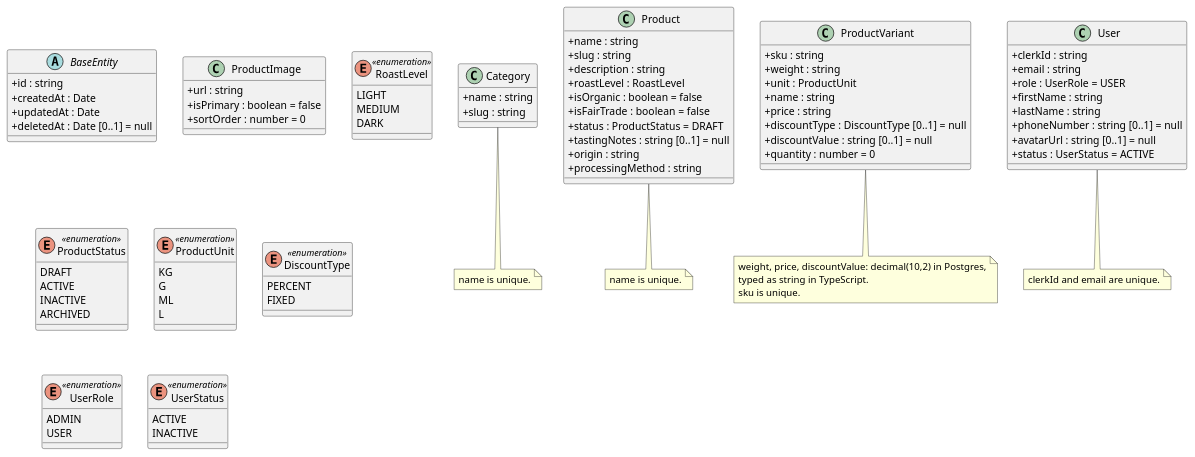
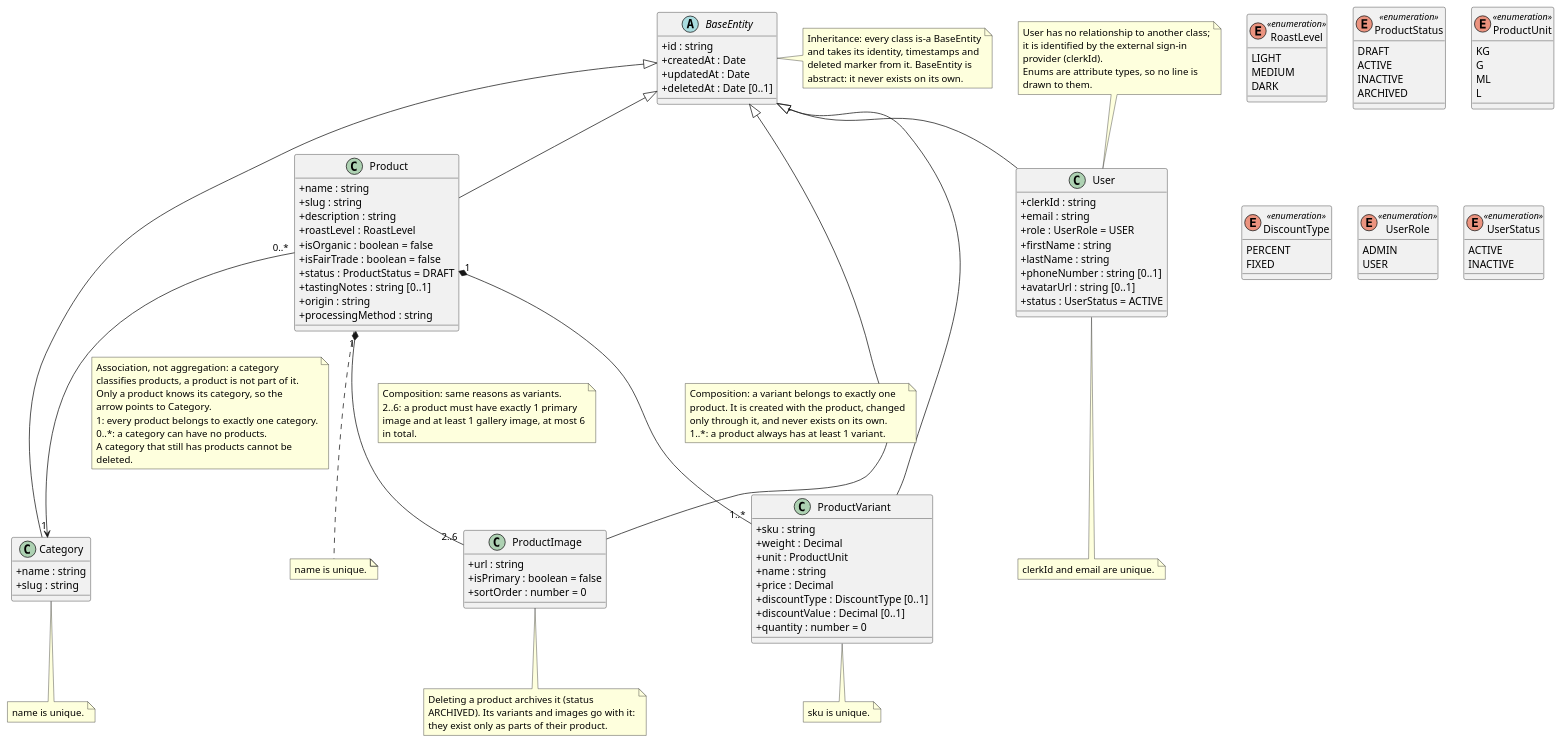
The diagram in docs/uml/class-diagram.puml (tiennguyen-agilityio/nestjs-training), drawn with PlantUML before and after one commit.

Commit message:
docs: add relationships to the UML class diagram

```diff
--- a/docs/uml/class-diagram.puml
+++ b/docs/uml/class-diagram.puml
@@ -1,111 +1,171 @@
 @startuml class-diagram
 
 skinparam classAttributeIconSize 0
 
 abstract class BaseEntity {
   + id : string
   + createdAt : Date
   + updatedAt : Date
-  + deletedAt : Date [0..1] = null
+  + deletedAt : Date [0..1]
 }
 
 class Category {
   + name : string
   + slug : string
 }
 
 class Product {
   + name : string
   + slug : string
   + description : string
   + roastLevel : RoastLevel
   + isOrganic : boolean = false
   + isFairTrade : boolean = false
   + status : ProductStatus = DRAFT
-  + tastingNotes : string [0..1] = null
+  + tastingNotes : string [0..1]
   + origin : string
   + processingMethod : string
 }
 
 class ProductVariant {
   + sku : string
-  + weight : string
+  + weight : Decimal
   + unit : ProductUnit
   + name : string
-  + price : string
-  + discountType : DiscountType [0..1] = null
-  + discountValue : string [0..1] = null
+  + price : Decimal
+  + discountType : DiscountType [0..1]
+  + discountValue : Decimal [0..1]
   + quantity : number = 0
 }
 
 class ProductImage {
   + url : string
   + isPrimary : boolean = false
   + sortOrder : number = 0
 }
 
 class User {
   + clerkId : string
   + email : string
   + role : UserRole = USER
   + firstName : string
   + lastName : string
-  + phoneNumber : string [0..1] = null
-  + avatarUrl : string [0..1] = null
+  + phoneNumber : string [0..1]
+  + avatarUrl : string [0..1]
   + status : UserStatus = ACTIVE
 }
 
 enum RoastLevel <<enumeration>> {
   LIGHT
   MEDIUM
   DARK
 }
 
 enum ProductStatus <<enumeration>> {
   DRAFT
   ACTIVE
   INACTIVE
   ARCHIVED
 }
 
 enum ProductUnit <<enumeration>> {
   KG
   G
   ML
   L
 }
 
 enum DiscountType <<enumeration>> {
   PERCENT
   FIXED
 }
 
 enum UserRole <<enumeration>> {
   ADMIN
   USER
 }
 
 enum UserStatus <<enumeration>> {
   ACTIVE
   INACTIVE
 }
 
 note bottom of ProductVariant
-  weight, price, discountValue: decimal(10,2) in Postgres,
-  typed as string in TypeScript.
   sku is unique.
 end note
 
 note bottom of User
   clerkId and email are unique.
 end note
 
 note bottom of Product
   name is unique.
 end note
 
 note bottom of Category
   name is unique.
 end note
 
+' ---------------------------------------------------------------
+' Relationships
+' ---------------------------------------------------------------
+
+' Inheritance (Generalization): every class is-a BaseEntity.
+BaseEntity <|-- Category
+BaseEntity <|-- Product
+BaseEntity <|-- ProductVariant
+BaseEntity <|-- ProductImage
+BaseEntity <|-- User
+
+note right of BaseEntity
+  Inheritance: every class is-a BaseEntity
+  and takes its identity, timestamps and
+  deleted marker from it. BaseEntity is
+  abstract: it never exists on its own.
+end note
+
+' Association: Product -> Category, navigable one way.
+Product "0..*" --> "1" Category
+note on link
+  Association, not aggregation: a category
+  classifies products, a product is not part of it.
+  Only a product knows its category, so the
+  arrow points to Category.
+  1: every product belongs to exactly one category.
+  0..*: a category can have no products.
+  A category that still has products cannot be
+  deleted.
+end note
+
+' Composition: variants and images belong to one product.
+Product "1" *-- "1..*" ProductVariant
+note on link
+  Composition: a variant belongs to exactly one
+  product. It is created with the product, changed
+  only through it, and never exists on its own.
+  1..*: a product always has at least 1 variant.
+end note
+
+Product "1" *-- "2..6" ProductImage
+note on link
+  Composition: same reasons as variants.
+  2..6: a product must have exactly 1 primary
+  image and at least 1 gallery image, at most 6
+  in total.
+end note
+
+note bottom of ProductImage
+  Deleting a product archives it (status
+  ARCHIVED). Its variants and images go with it:
+  they exist only as parts of their product.
+end note
+
+note top of User
+  User has no relationship to another class;
+  it is identified by the external sign-in
+  provider (clerkId).
+  Enums are attribute types, so no line is
+  drawn to them.
+end note
+
 @enduml
```
